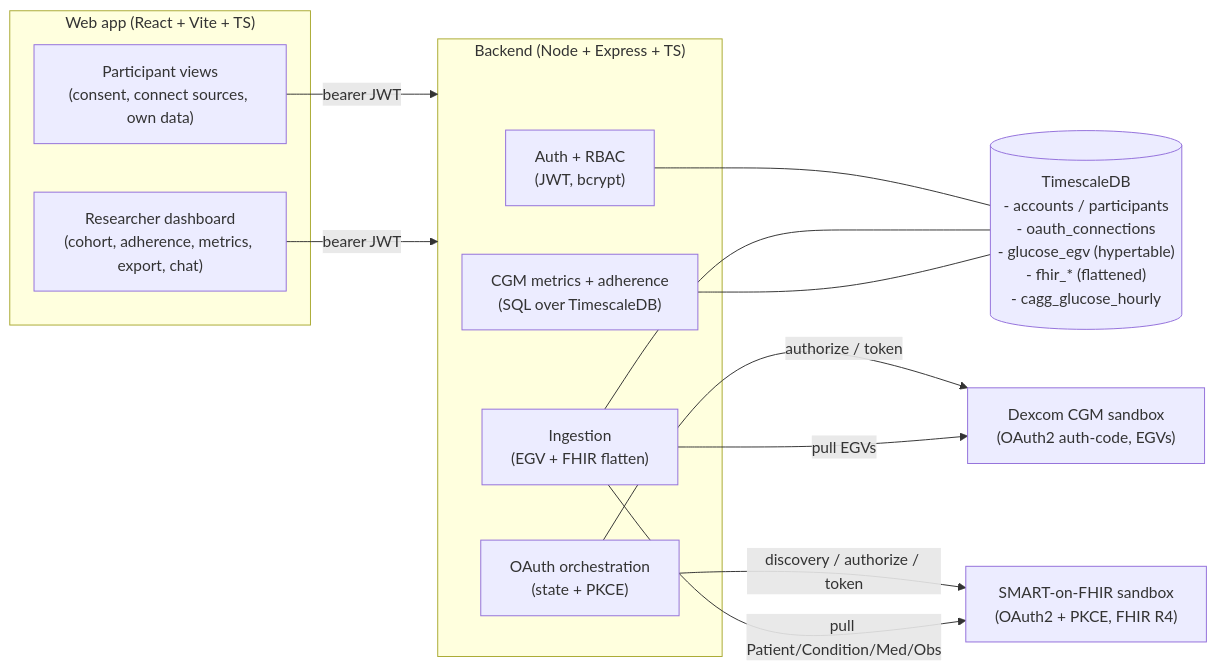
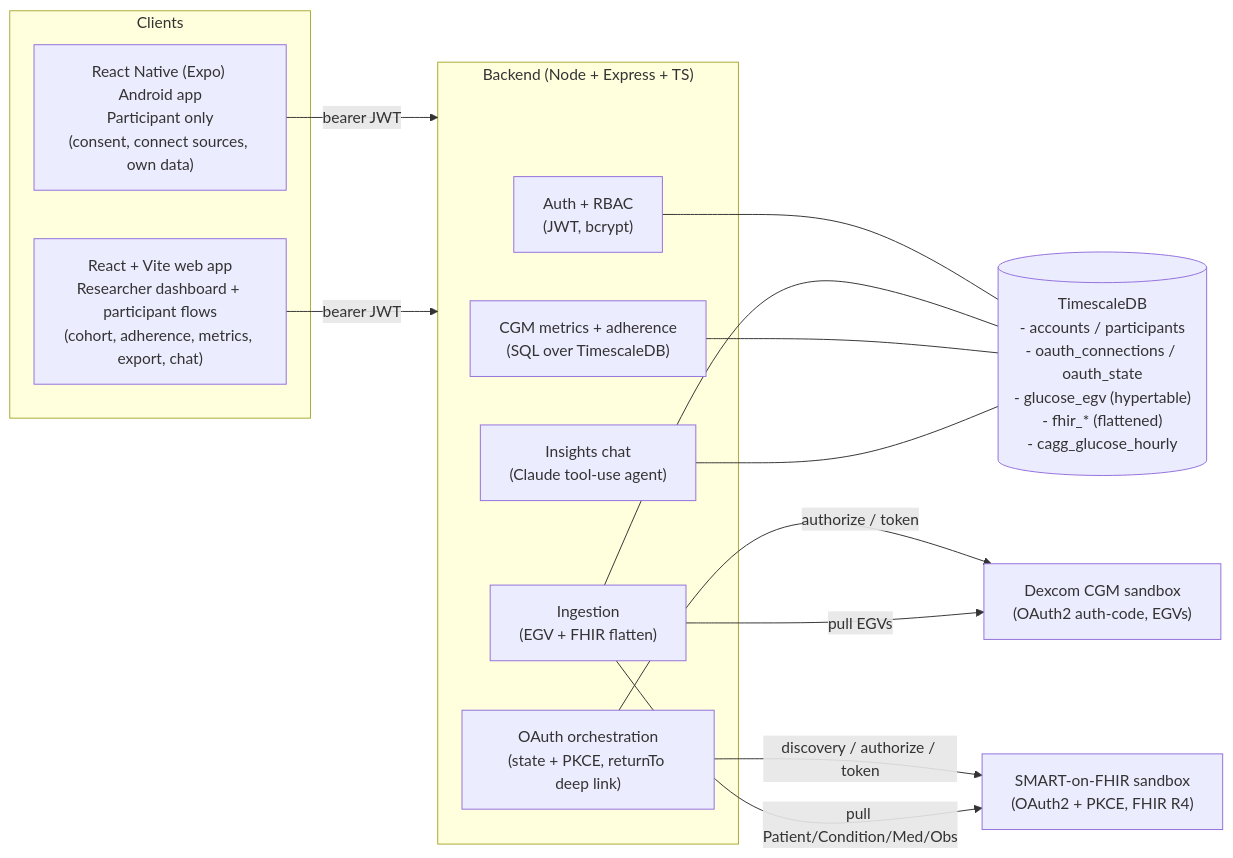
Before and after one commit to RushabhTaneja/studysync: the first of 2 diagrams in docs/DESIGN.md, drawn with Mermaid. The commit also changed other lines of this file, not shown here.

Commit message:
Update design doc: React Native client, deep-link OAuth, consent-on-login

````diff
--- a/docs/DESIGN.md
+++ b/docs/DESIGN.md
@@ -9,29 +14,31 @@
 ```mermaid
 flowchart LR
-  subgraph Client["Web app (React + Vite + TS)"]
-    P["Participant views\n(consent, connect sources, own data)"]
-    R["Researcher dashboard\n(cohort, adherence, metrics, export, chat)"]
+  subgraph Clients["Clients"]
+    M["React Native (Expo) Android app\nParticipant only\n(consent, connect sources, own data)"]
+    W["React + Vite web app\nResearcher dashboard + participant flows\n(cohort, adherence, metrics, export, chat)"]
   end
 
   subgraph API["Backend (Node + Express + TS)"]
     AUTH["Auth + RBAC\n(JWT, bcrypt)"]
-    OAUTH["OAuth orchestration\n(state + PKCE)"]
+    OAUTH["OAuth orchestration\n(state + PKCE, returnTo deep link)"]
     INGEST["Ingestion\n(EGV + FHIR flatten)"]
     METRICS["CGM metrics + adherence\n(SQL over TimescaleDB)"]
+    CHAT["Insights chat\n(Claude tool-use agent)"]
   end
 
-  DB[("TimescaleDB\n- accounts / participants\n- oauth_connections\n- glucose_egv (hypertable)\n- fhir_* (flattened)\n- cagg_glucose_hourly")]
+  DB[("TimescaleDB\n- accounts / participants\n- oauth_connections / oauth_state\n- glucose_egv (hypertable)\n- fhir_* (flattened)\n- cagg_glucose_hourly")]
 
   DEX["Dexcom CGM sandbox\n(OAuth2 auth-code, EGVs)"]
   FHIR["SMART-on-FHIR sandbox\n(OAuth2 + PKCE, FHIR R4)"]
 
-  P -->|bearer JWT| API
-  R -->|bearer JWT| API
+  M -->|bearer JWT| API
+  W -->|bearer JWT| API
   AUTH --- DB
   INGEST --- DB
   METRICS --- DB
+  CHAT --- DB
   OAUTH -->|authorize / token| DEX
   OAUTH -->|discovery / authorize / token| FHIR
   INGEST -->|pull EGVs| DEX
   INGEST -->|pull Patient/Condition/Med/Obs| FHIR
 ```
````
